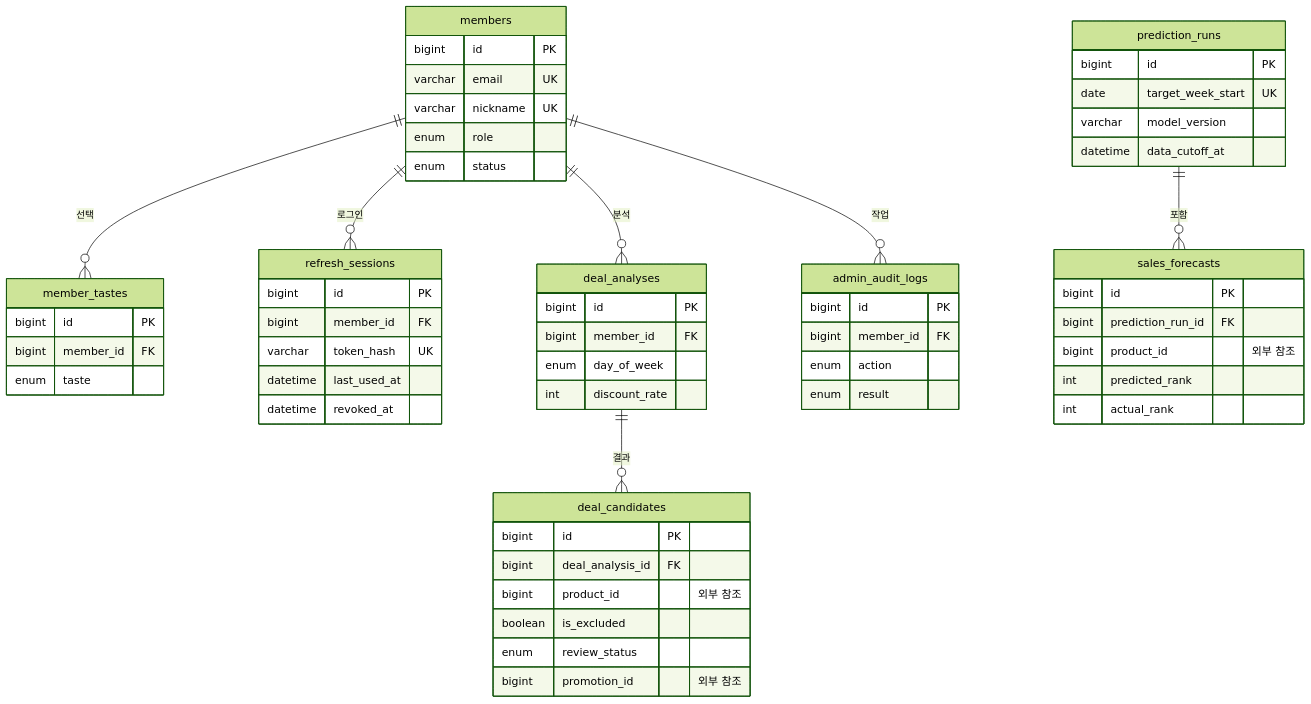
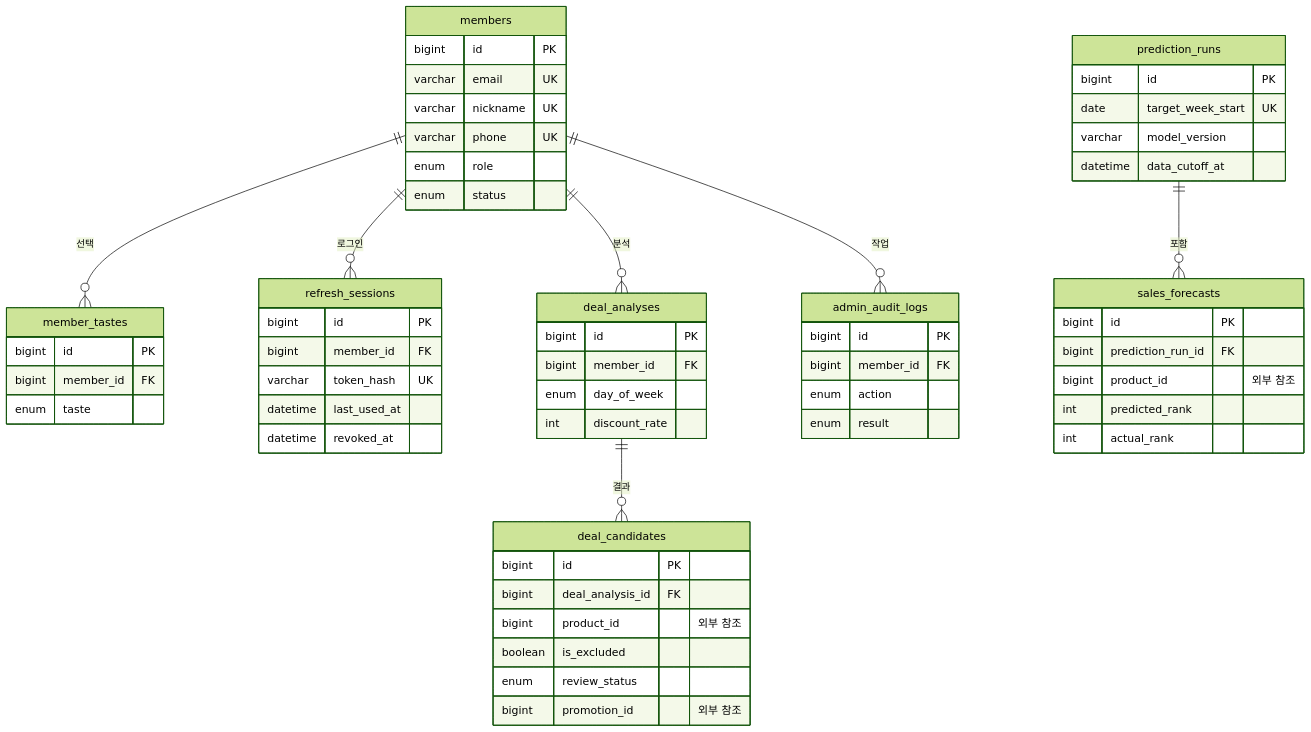
One commit to OdinAhn/take-care-of-my-fridge changed the diagram in docs/database/erd.md. Above: the diagram before and after it, drawn with Mermaid (forest theme). The commit also changed 18 other files, not shown here.

````diff
--- a/docs/database/erd.md
+++ b/docs/database/erd.md
@@ -9,62 +9,63 @@
 ```mermaid
 erDiagram
     members ||--o{ member_tastes : "선택"
     members ||--o{ refresh_sessions : "로그인"
     members ||--o{ deal_analyses : "분석"
     members ||--o{ admin_audit_logs : "작업"
     prediction_runs ||--o{ sales_forecasts : "포함"
     deal_analyses ||--o{ deal_candidates : "결과"
 
     members {
         bigint id PK
         varchar email UK
         varchar nickname UK
+        varchar phone UK
         enum role
         enum status
     }
     member_tastes {
         bigint id PK
         bigint member_id FK
         enum taste
     }
     refresh_sessions {
         bigint id PK
         bigint member_id FK
         varchar token_hash UK
         datetime last_used_at
         datetime revoked_at
     }
     prediction_runs {
         bigint id PK
         date target_week_start UK
         varchar model_version
         datetime data_cutoff_at
     }
     sales_forecasts {
         bigint id PK
         bigint prediction_run_id FK
         bigint product_id "외부 참조"
         int predicted_rank
         int actual_rank
     }
     deal_analyses {
         bigint id PK
         bigint member_id FK
         enum day_of_week
         int discount_rate
     }
     deal_candidates {
         bigint id PK
         bigint deal_analysis_id FK
         bigint product_id "외부 참조"
         boolean is_excluded
         enum review_status
         bigint promotion_id "외부 참조"
     }
     admin_audit_logs {
         bigint id PK
         bigint member_id FK
         enum action
         enum result
     }
 ```
````
